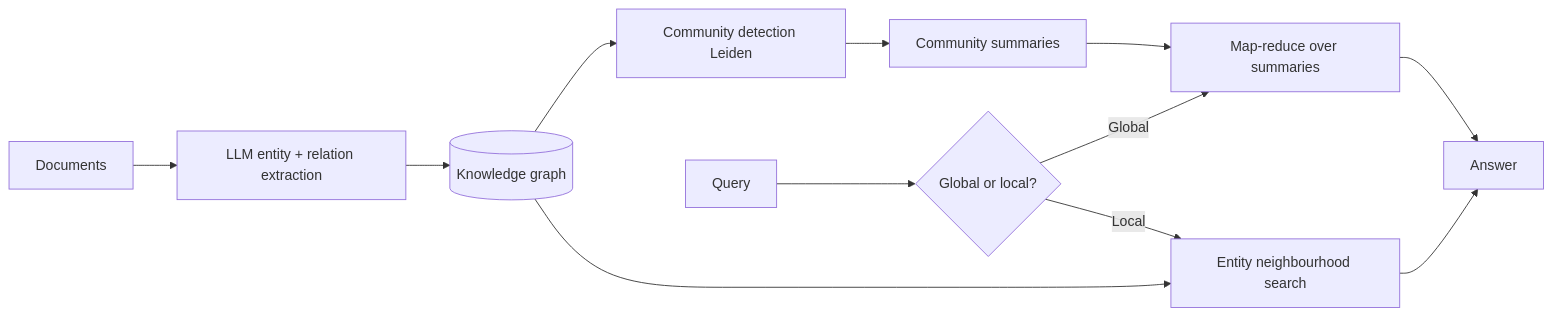
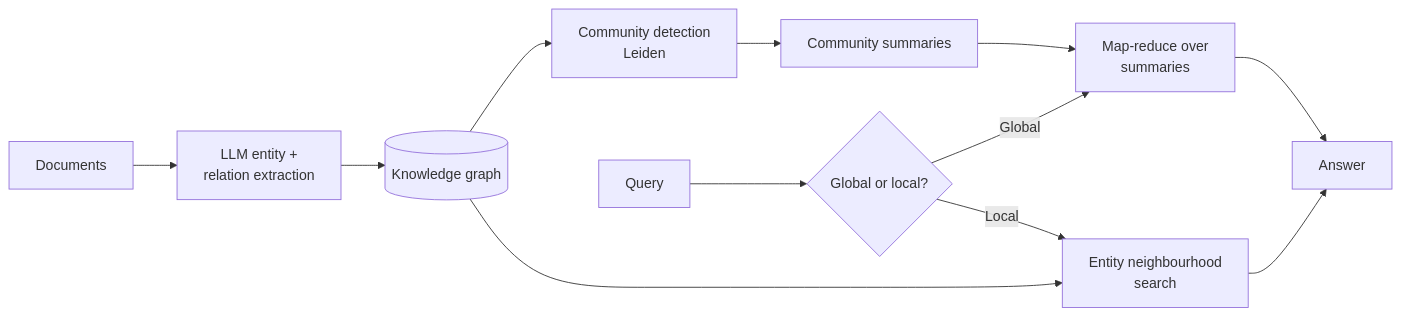
The diagram in 13. Graph RAG/README.md (ajay-nikumbh/RAG-From-Basics-to-Production), drawn with Mermaid before and after one commit. The commit also changed other lines of this file and 38 other files, not shown here.

First line of the commit message:
Group root README by pattern, widen tables, wrap diagram labels

````diff
--- a/13. Graph RAG/README.md
+++ b/13. Graph RAG/README.md
@@ -24,12 +24,12 @@
 ```mermaid
 flowchart LR
-    D[Documents] --> X[LLM entity + relation extraction] --> KG[(Knowledge graph)]
-    KG --> CM[Community detection Leiden] --> CS[Community summaries]
+    D[Documents] --> X[LLM entity +<br/>relation extraction] --> KG[(Knowledge graph)]
+    KG --> CM[Community detection<br/>Leiden] --> CS[Community summaries]
     Q[Query] --> T{Global or local?}
-    T -- Global --> MR[Map-reduce over summaries]
-    T -- Local --> NB[Entity neighbourhood search]
+    T -- Global --> MR[Map-reduce over<br/>summaries]
+    T -- Local --> NB[Entity neighbourhood<br/>search]
     CS --> MR
     KG --> NB
     MR --> A[Answer]
     NB --> A
 ```
````
